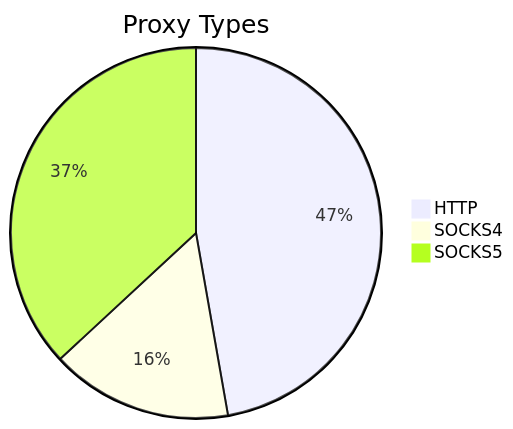
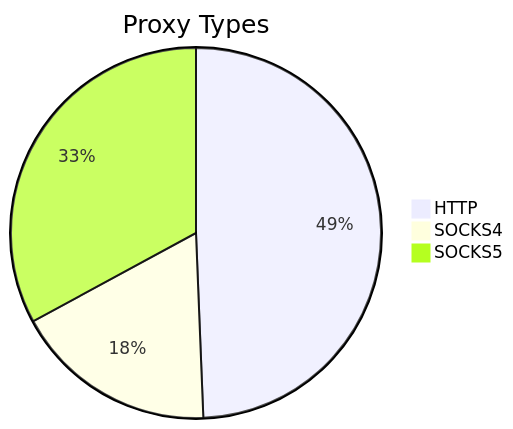
Before and after one commit to stormsia/proxy-list: the first of 2 diagrams in README.md, drawn with Mermaid. The commit also changed other lines of this file, not shown here.

````diff
--- a/README.md
+++ b/README.md
@@ -21,6 +21,6 @@
 ```mermaid
 pie title Proxy Types
-    "HTTP" : 128
-    "SOCKS4" : 43
-    "SOCKS5" : 100
+    "HTTP" : 195
+    "SOCKS4" : 70
+    "SOCKS5" : 130
 ```
````
